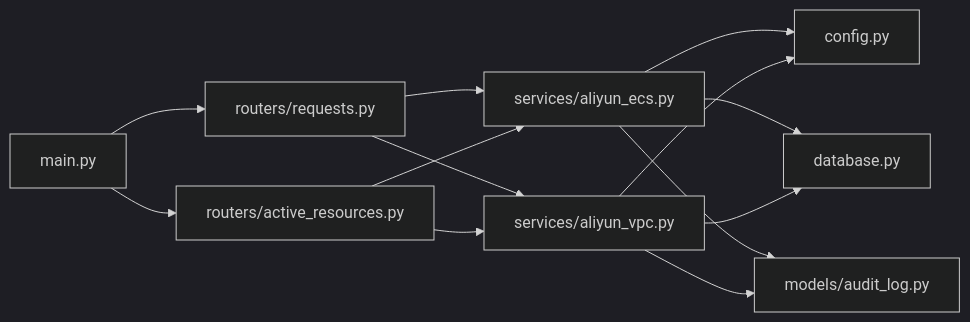
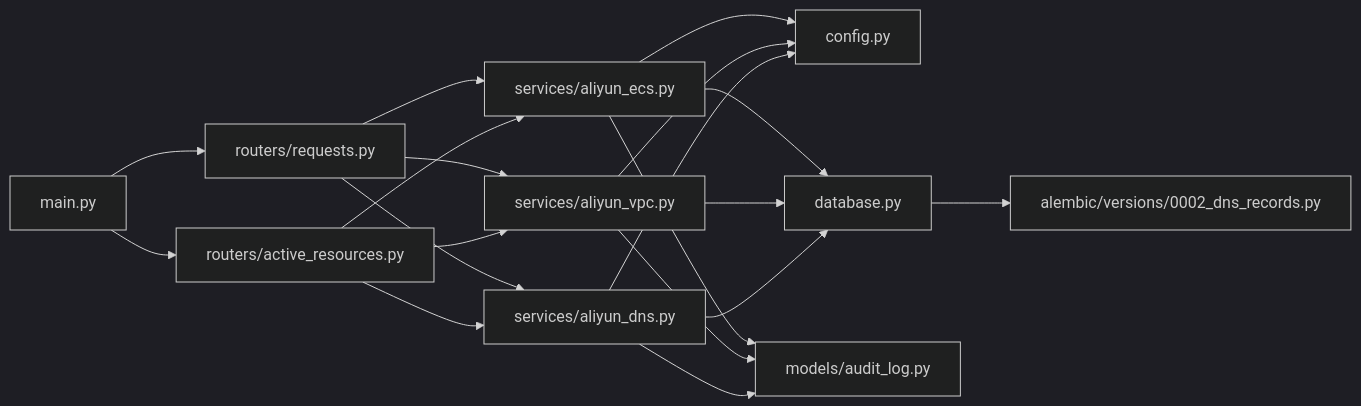
The sixth of 6 diagrams in .qoder/repowiki/en/content/System Architecture/Backend Architecture/Service Layer Architecture/Cloud Services (ECS & VPC).md (14Lucifer/hackathon_ecs_creator), drawn with Mermaid (dark theme) before and after one commit. The commit also changed other lines of this file and 92 other files, not shown here.

````diff
--- a/.qoder/repowiki/en/content/System Architecture/Backend Architecture/Service Layer Architecture/Cloud Services (ECS & VPC).md
+++ b/.qoder/repowiki/en/content/System Architecture/Backend Architecture/Service Layer Architecture/Cloud Services (ECS & VPC).md
@@ -268,15 +411,21 @@
 ```mermaid
 graph LR
 Main["main.py"] --> R1["routers/requests.py"]
 Main --> R2["routers/active_resources.py"]
 R1 --> S1["services/aliyun_ecs.py"]
 R1 --> S2["services/aliyun_vpc.py"]
+R1 --> S3["services/aliyun_dns.py"]
 R2 --> S1
 R2 --> S2
+R2 --> S3
 S1 --> Cfg["config.py"]
 S2 --> Cfg
+S3 --> Cfg
 S1 --> DB["database.py"]
 S2 --> DB
+S3 --> DB
 S1 --> AUD["models/audit_log.py"]
 S2 --> AUD
+S3 --> AUD
+DB --> MIG["alembic/versions/0002_dns_records.py"]
 ```
````
